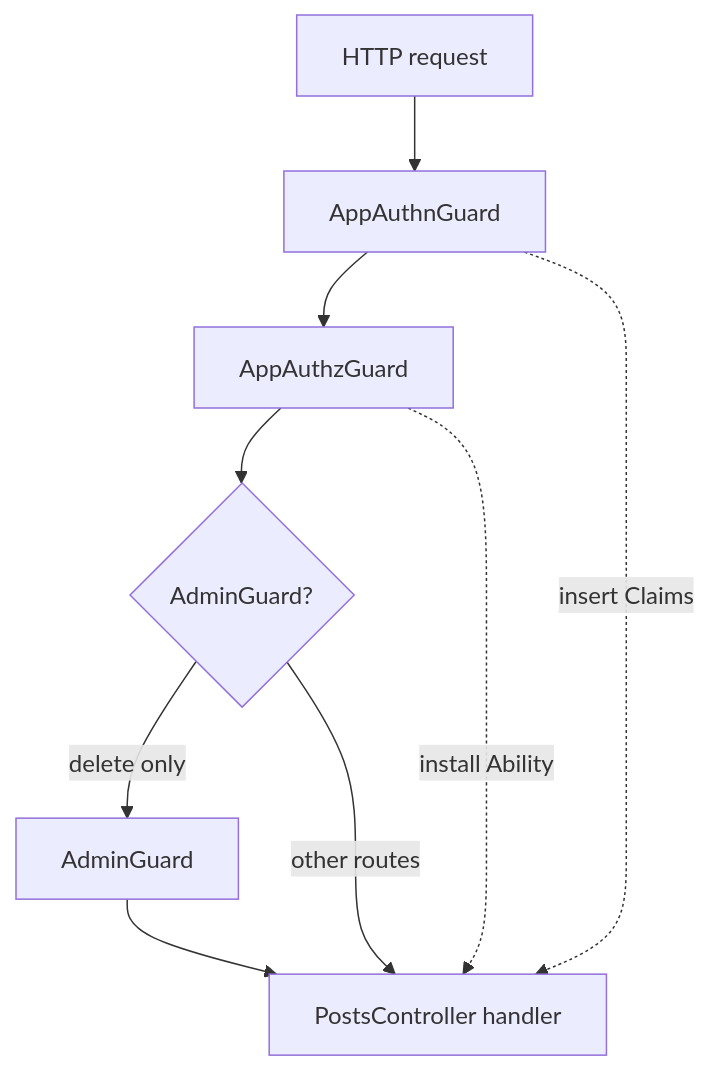
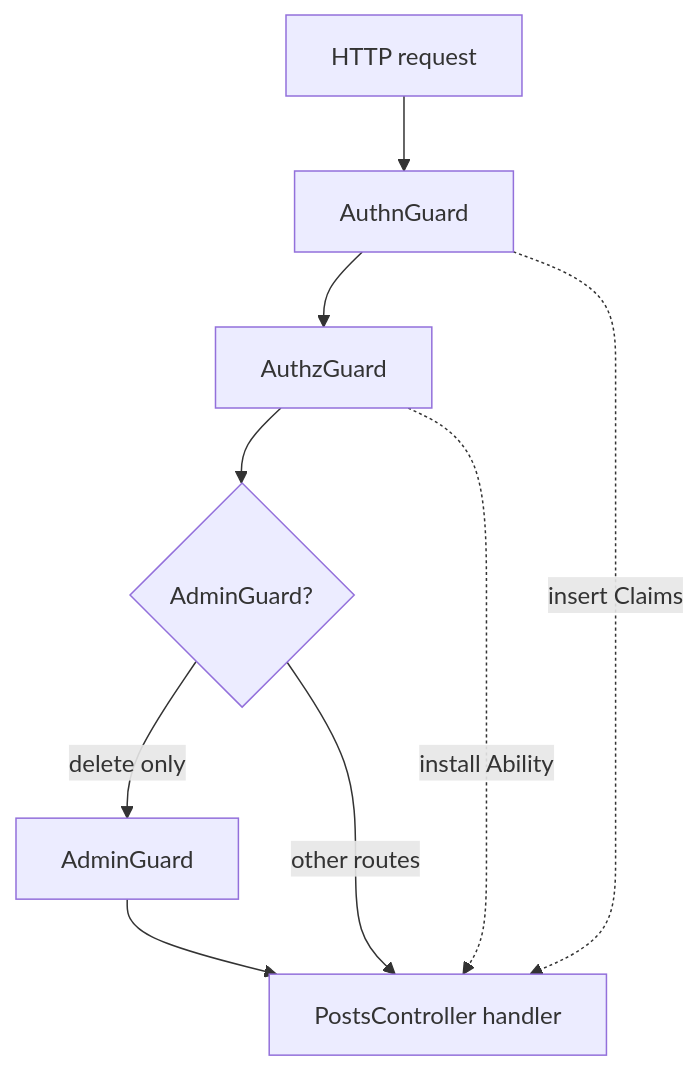
One commit to YV17labs/NestRS changed the second of 4 diagrams in docs/src/content/docs/fundamentals/guards.mdx. Above: the diagram before and after it, drawn with Mermaid. The commit also changed other lines of this file and 60 other files, not shown here.

````diff
--- a/docs/src/content/docs/fundamentals/guards.mdx
+++ b/docs/src/content/docs/fundamentals/guards.mdx
@@ -207,11 +211,11 @@
 ```mermaid
 flowchart TB
-  REQ[HTTP request] --> AG[AppAuthnGuard]
-  AG --> AZ[AppAuthzGuard]
+  REQ[HTTP request] --> AG[AuthnGuard]
+  AG --> AZ[AuthzGuard]
   AZ --> AD{AdminGuard?}
   AD -->|delete only| ADG[AdminGuard]
   AD -->|other routes| H[PostsController handler]
   ADG --> H
   AG -. "insert Claims" .-> H
   AZ -. "install Ability" .-> H
 ```
````
